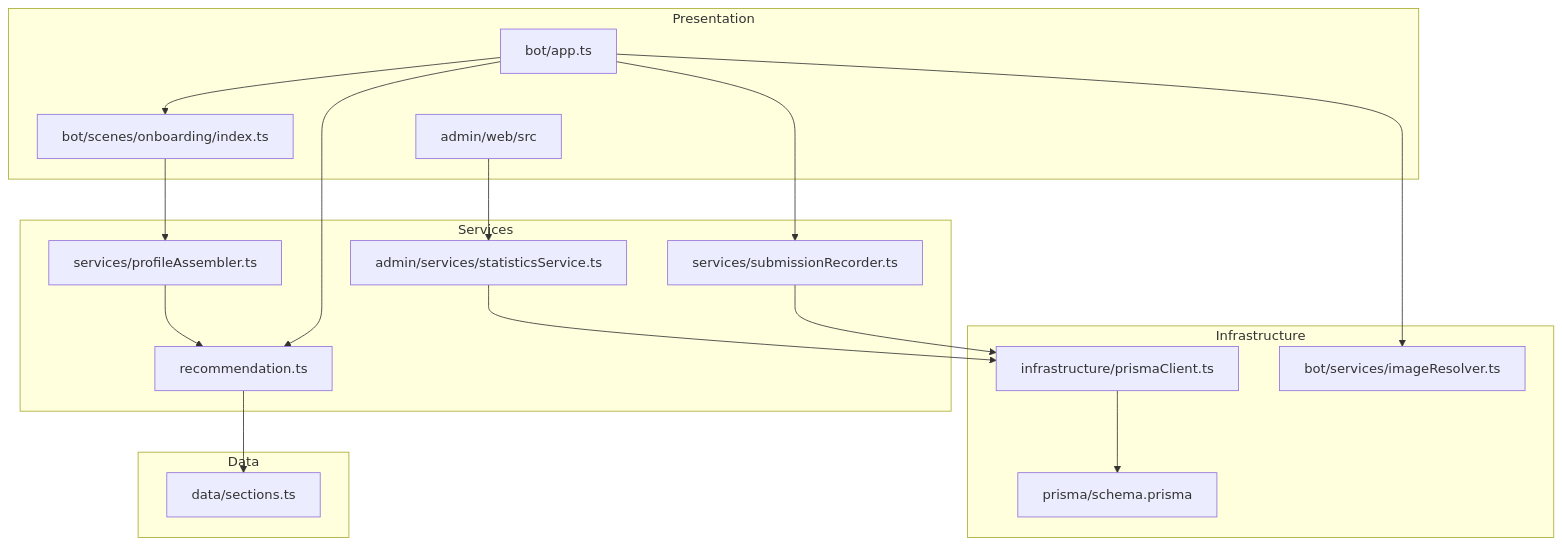
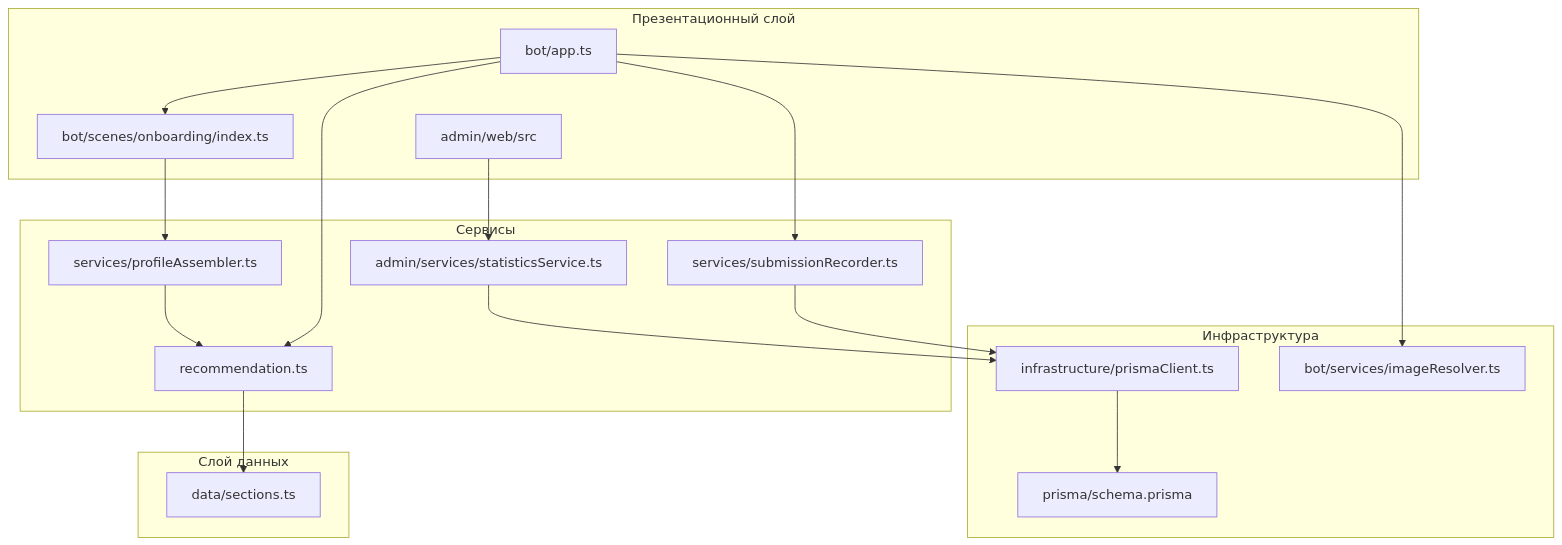
One commit to kotru21/bsuir changed the fourth of 7 diagrams in README.md. Above: the diagram before and after it, drawn with Mermaid. The commit also changed other lines of this file, not shown here.

````diff
--- a/README.md
+++ b/README.md
@@ -164,34 +165,34 @@
 ```mermaid
 flowchart TD
-   subgraph Presentation
+   subgraph Презентационный слой
       A["bot/app.ts"]
       B["bot/scenes/onboarding/index.ts"]
       C["admin/web/src"]
    end
-   subgraph Services
+   subgraph Сервисы
       D["recommendation.ts"]
       E["services/profileAssembler.ts"]
       F["services/submissionRecorder.ts"]
       G["admin/services/statisticsService.ts"]
    end
-   subgraph Infrastructure
+   subgraph Инфраструктура
       H["infrastructure/prismaClient.ts"]
       I["prisma/schema.prisma"]
       J["bot/services/imageResolver.ts"]
    end
-   subgraph Data
+   subgraph Слой данных
       K["data/sections.ts"]
    end
 
    A --> B
    A --> D
    B --> E
    E --> D
    F --> H
    G --> H
    H --> I
    D --> K
    C --> G
    A --> F
    A --> J
 ```
````
